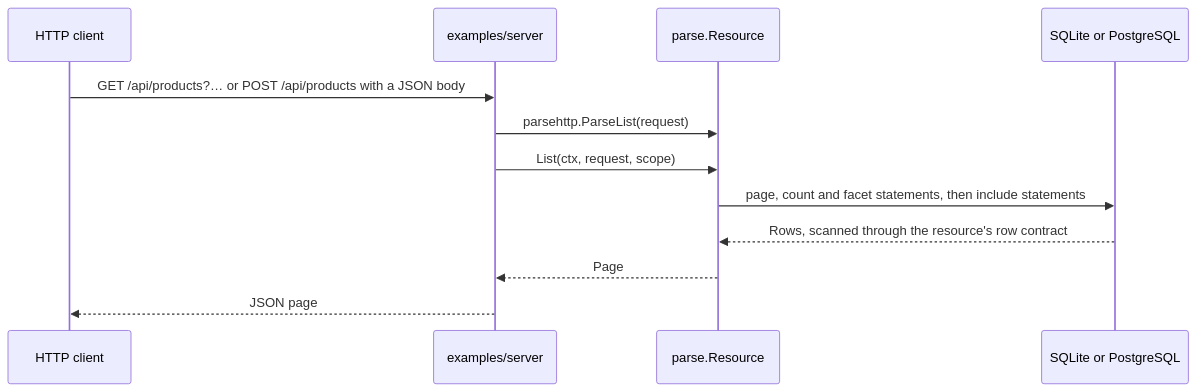
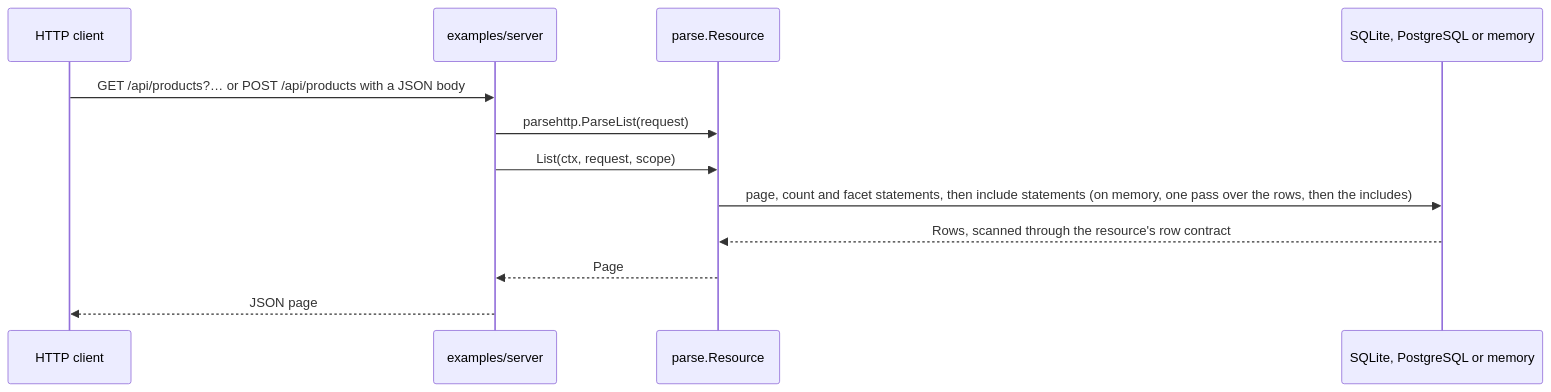
The second of 2 diagrams in parse/examples/server/README.md (ashtonian/pkg), drawn with Mermaid before and after one commit. The commit also changed other lines of this file and 14 other files, not shown here.

````diff
--- a/parse/examples/server/README.md
+++ b/parse/examples/server/README.md
@@ -120,14 +129,14 @@
 ```mermaid
 sequenceDiagram
     participant C as HTTP client
     participant H as examples/server
     participant R as parse.Resource
-    participant DB as SQLite or PostgreSQL
+    participant DB as SQLite, PostgreSQL or memory
     C->>H: GET /api/products?… or POST /api/products with a JSON body
     H->>R: parsehttp.ParseList(request)
     H->>R: List(ctx, request, scope)
-    R->>DB: page, count and facet statements, then include statements
+    R->>DB: page, count and facet statements, then include statements (on memory, one pass over the rows, then the includes)
     DB-->>R: Rows, scanned through the resource's row contract
     R-->>H: Page
     H-->>C: JSON page
 ```
````
